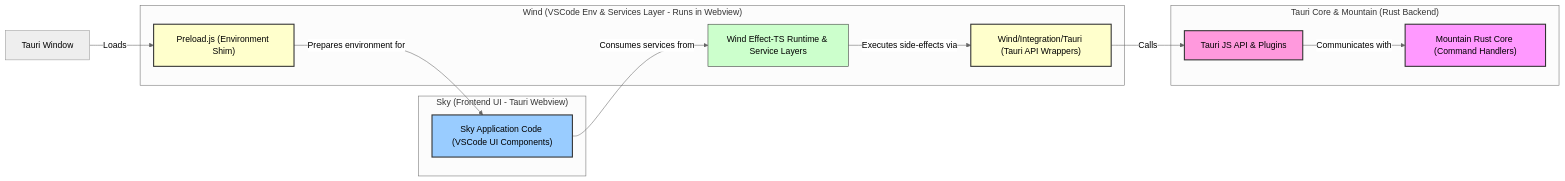
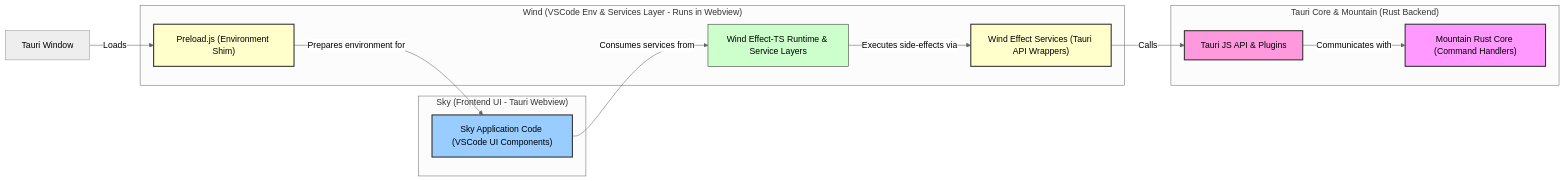
The diagram in README.md (CodeEditorLand/Wind), drawn with Mermaid (neutral theme) before and after one commit. The commit also changed other lines of this file and 3 other files, not shown here.

````diff
--- a/README.md
+++ b/README.md
@@ -90,33 +93,33 @@
 ```mermaid
 graph LR
-	classDef sky fill:#9cf,stroke:#333,stroke-width:2px;
-	classDef wind fill:#ffc,stroke:#333,stroke-width:2px;
-	classDef tauri fill:#f9d,stroke:#333,stroke-width:2px;
-	classDef mountain fill:#f9f,stroke:#333,stroke-width:2px;
-	classDef effectts fill:#cfc,stroke:#333,stroke-width:1px;
+classDef sky fill:#9cf,stroke:#333,stroke-width:2px;
+classDef wind fill:#ffc,stroke:#333,stroke-width:2px;
+classDef tauri fill:#f9d,stroke:#333,stroke-width:2px;
+classDef mountain fill:#f9f,stroke:#333,stroke-width:2px;
+classDef effectts fill:#cfc,stroke:#333,stroke-width:1px;
 
 
-	subgraph "Sky (Frontend UI - Tauri Webview)"
-		SkyApp["Sky Application Code (VSCode UI Components)"]:::sky
-	end
+subgraph "Sky (Frontend UI - Tauri Webview)"
+SkyApp["Sky Application Code (VSCode UI Components)"]:::sky
+end
 
-	subgraph "Wind (VSCode Env & Services Layer - Runs in Webview)"
-		PreloadJS["Preload.js (Environment Shim)"]:::wind
-		WindEffectTSRuntime["Wind Effect-TS Runtime & Service Layers"]:::effectts
-		TauriIntegrations["Wind/Integration/Tauri (Tauri API Wrappers)"]:::wind
+subgraph "Wind (VSCode Env & Services Layer - Runs in Webview)"
+PreloadJS["Preload.js (Environment Shim)"]:::wind
+WindEffectTSRuntime["Wind Effect-TS Runtime & Service Layers"]:::effectts
+TauriIntegrations["Wind Effect Services (Tauri API Wrappers)"]:::wind
 
-		SkyApp -- Consumes services from --> WindEffectTSRuntime;
-		WindEffectTSRuntime -- Executes side-effects via --> TauriIntegrations;
-	end
+SkyApp -- Consumes services from --> WindEffectTSRuntime;
+WindEffectTSRuntime -- Executes side-effects via --> TauriIntegrations;
+end
 
-	subgraph "Tauri Core & Mountain (Rust Backend)"
-		TauriAPIs["Tauri JS API & Plugins"]:::tauri
-		MountainBackend["Mountain Rust Core (Command Handlers)"]:::mountain
-	end
+subgraph "Tauri Core & Mountain (Rust Backend)"
+TauriAPIs["Tauri JS API & Plugins"]:::tauri
+MountainBackend["Mountain Rust Core (Command Handlers)"]:::mountain
+end
 
-    TauriWindow["Tauri Window"] -- Loads --> PreloadJS
-    PreloadJS -- Prepares environment for --> SkyApp
+TauriWindow["Tauri Window"] -- Loads --> PreloadJS
+PreloadJS -- Prepares environment for --> SkyApp
 
-	TauriIntegrations -- Calls --> TauriAPIs;
-    TauriAPIs -- Communicates with --> MountainBackend;
+TauriIntegrations -- Calls --> TauriAPIs;
+TauriAPIs -- Communicates with --> MountainBackend;
 ```
````
